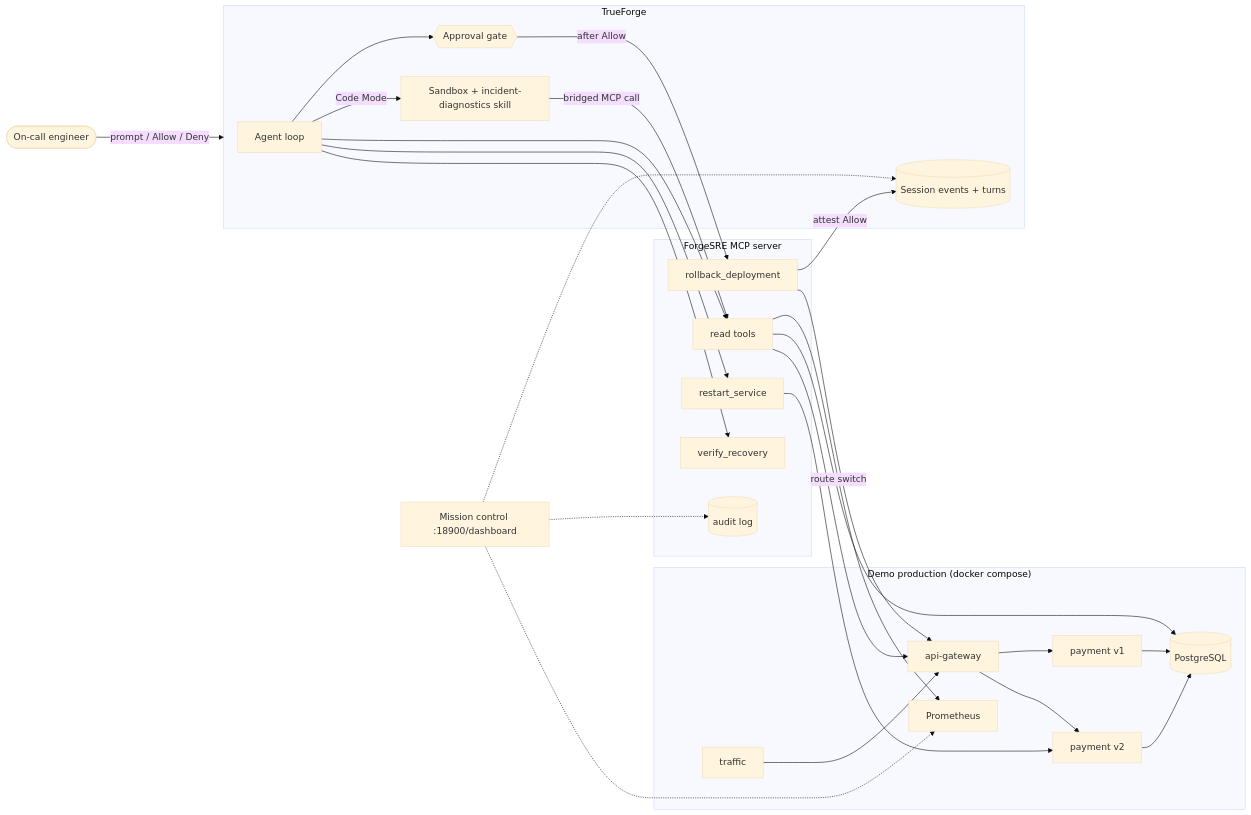
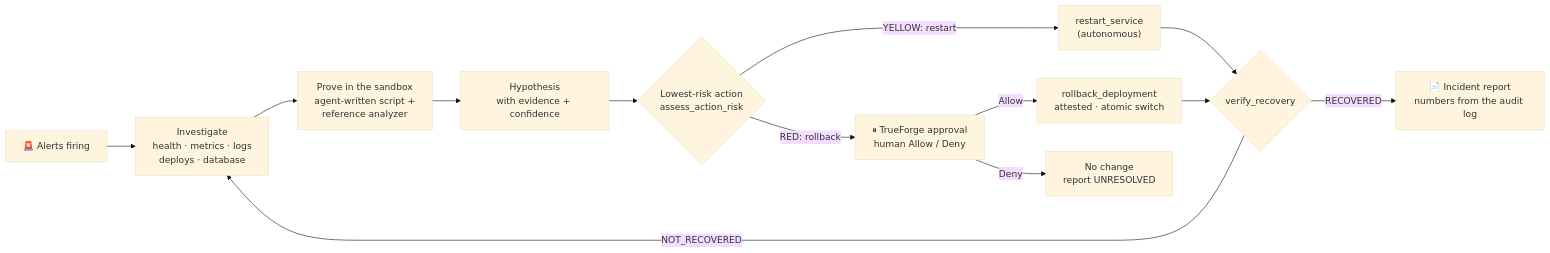
The diagram in README.md (kartikeyajay2006/Agent_that_act-Hackathon), drawn with Mermaid (base theme) before and after one commit. The commit also changed other lines of this file and 16 other files, not shown here.

````diff
--- a/README.md
+++ b/README.md
@@ -78,24 +71,15 @@
 ```mermaid
 flowchart LR
-    U(["On-call engineer"]) -- prompt / Allow / Deny --> TF
-    subgraph TF["TrueForge"]
-        L["Agent loop"] --> G{{"Approval gate"}}
-        L -- Code Mode --> S["Sandbox + incident-diagnostics skill"]
-        E[("Session events + turns")]
-    end
-    subgraph M["ForgeSRE MCP server"]
-        R["read tools"]; Y["restart_service"]; X["rollback_deployment"]; V["verify_recovery"]; A[("audit log")]
-    end
-    subgraph P["Demo production (docker compose)"]
-        GW["api-gateway"] --> P1["payment v1"] & P2["payment v2"] --> DB[("PostgreSQL")]
-        PR["Prometheus"]; T["traffic"] --> GW
-    end
-    L --> R & Y & V
-    G -- after Allow --> X
-    S -- bridged MCP call --> R
-    X -- attest Allow --> E
-    R --> PR & DB & GW
-    Y --> P2
-    X -- route switch --> GW
-    D["Mission control :18900/dashboard"] -.-> A & PR & E
+    A["🚨 Alerts firing"] --> B["Investigate<br/>health · metrics · logs<br/>deploys · database"]
+    B --> C["Prove in the sandbox<br/>agent-written script +<br/>reference analyzer"]
+    C --> D["Hypothesis<br/>with evidence + confidence"]
+    D --> E{"Lowest-risk action<br/>assess_action_risk"}
+    E -- "YELLOW: restart" --> F["restart_service<br/>(autonomous)"]
+    E -- "RED: rollback" --> G["⏸ TrueForge approval<br/>human Allow / Deny"]
+    G -- Allow --> H["rollback_deployment<br/>attested · atomic switch"]
+    G -- Deny --> R["No change<br/>report UNRESOLVED"]
+    F --> V{"verify_recovery"}
+    H --> V
+    V -- NOT_RECOVERED --> B
+    V -- RECOVERED --> Z["📄 Incident report<br/>numbers from the audit log"]
 ```
````
